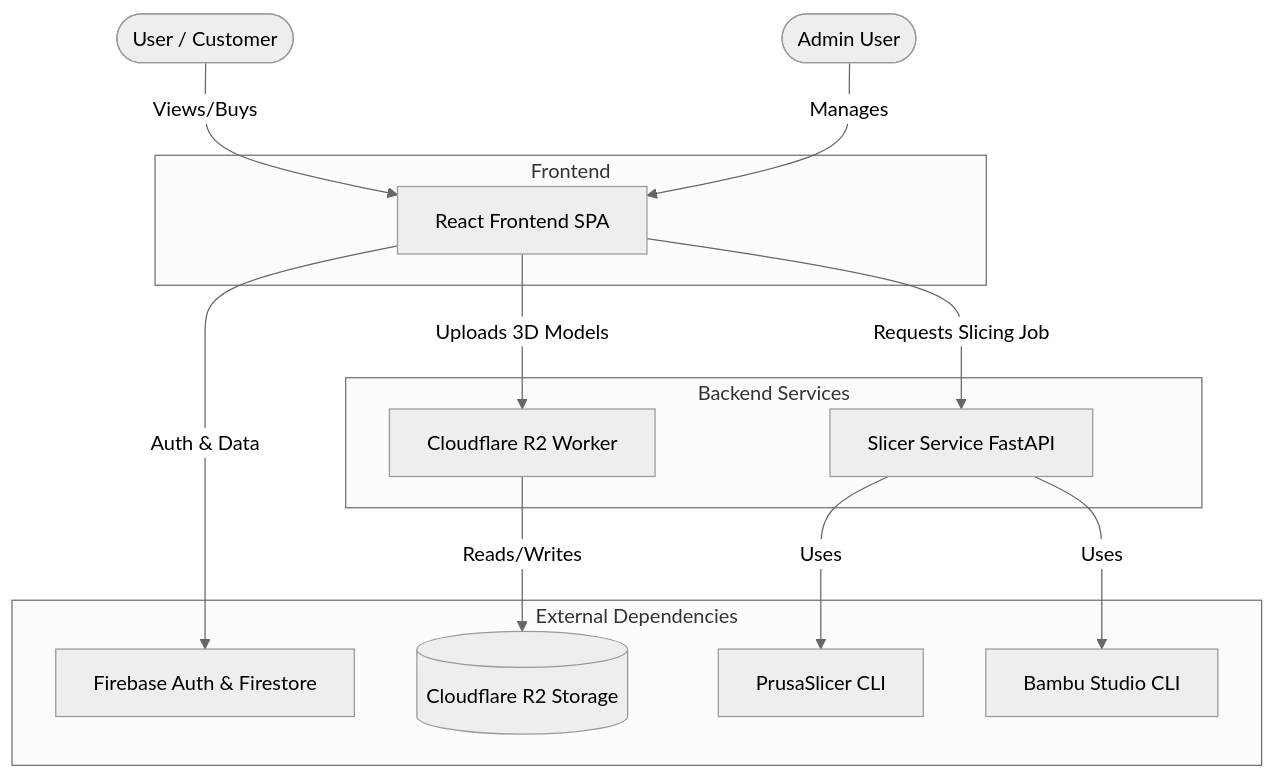
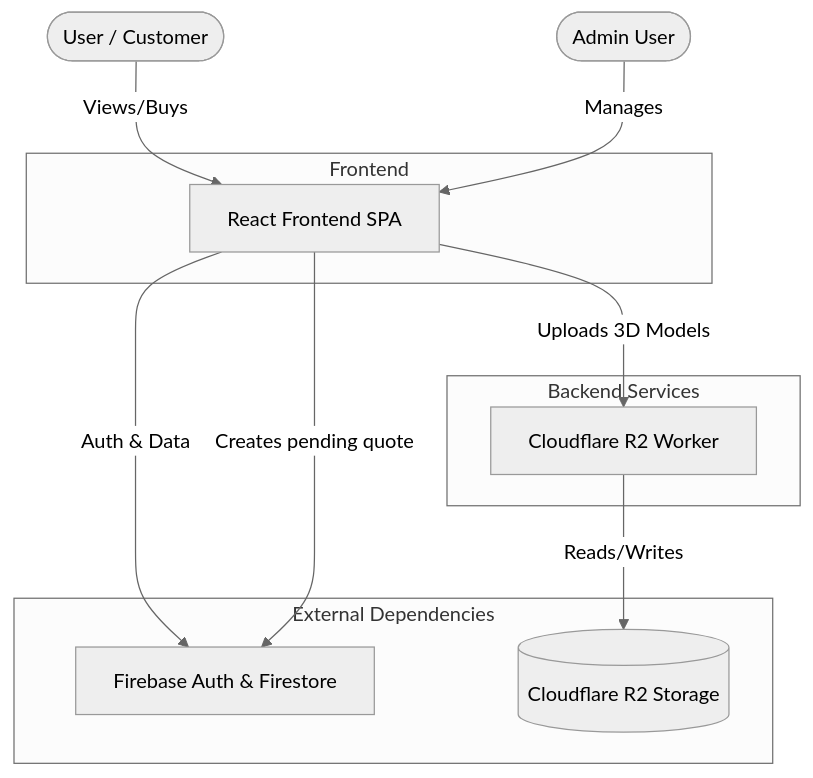
Before and after one commit to RatanabhSharma/Shilpsahayak: the first of 2 diagrams in docs/ARCHITECTURE.md, drawn with Mermaid (neutral theme). The commit also changed other lines of this file and 167 other files, not shown here.

````diff
--- a/docs/ARCHITECTURE.md
+++ b/docs/ARCHITECTURE.md
@@ -7,32 +7,27 @@
 ```mermaid
 flowchart TD
     User([User / Customer])
     Admin([Admin User])
     
     subgraph Frontend
         WebUI[React Frontend SPA]
     end
     
     subgraph Backend Services
-        SlicerApi[Slicer Service FastAPI]
         R2Worker[Cloudflare R2 Worker]
     end
     
     subgraph External Dependencies
         Firebase[Firebase Auth & Firestore]
         CF_R2[(Cloudflare R2 Storage)]
-        Prusa[PrusaSlicer CLI]
-        Bambu[Bambu Studio CLI]
     end
     
     User -->|Views/Buys| WebUI
     Admin -->|Manages| WebUI
     
     WebUI -->|Auth & Data| Firebase
     WebUI -->|Uploads 3D Models| R2Worker
-    WebUI -->|Requests Slicing Job| SlicerApi
+    WebUI -->|Creates pending quote| Firebase
     
     R2Worker -->|Reads/Writes| CF_R2
-    SlicerApi -->|Uses| Prusa
-    SlicerApi -->|Uses| Bambu
 ```
````
